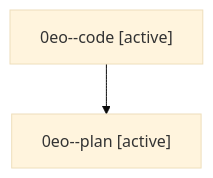
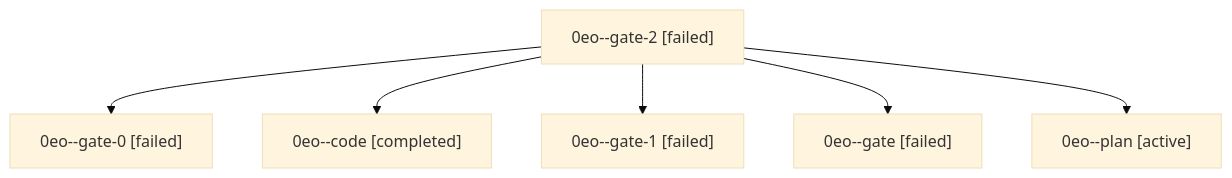
One commit to sase-org/sase--agents changed the diagram in families/bbugyi200.athena.0eo.md. Above: the diagram before and after it, drawn with Mermaid (base theme). The commit also changed other lines of this file and 35830 other files, not shown here.

````diff
--- a/families/bbugyi200.athena.0eo.md
+++ b/families/bbugyi200.athena.0eo.md
@@ -9,6 +9,14 @@
 ```mermaid
 flowchart TD
-  n0["0eo--code [active]"]
-  n1["0eo--plan [active]"]
+  n0["0eo--gate-2 [failed]"]
+  n1["0eo--gate-0 [failed]"]
   n0 --> n1
+  n2["0eo--code [completed]"]
+  n0 --> n2
+  n3["0eo--gate-1 [failed]"]
+  n0 --> n3
+  n4["0eo--gate [failed]"]
+  n0 --> n4
+  n5["0eo--plan [active]"]
+  n0 --> n5
 ```
````
